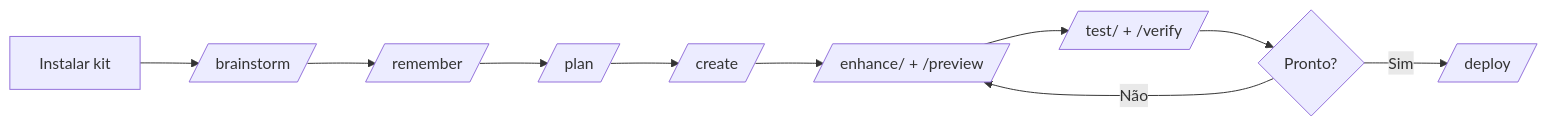
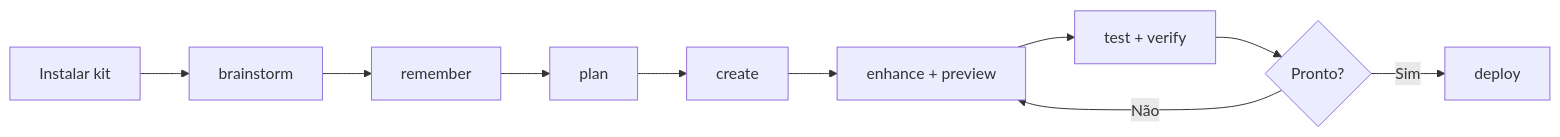
The first of 2 diagrams in README.md (zanetta/antigravity4cursor), drawn with Mermaid before and after one commit. The commit also changed other lines of this file, not shown here.

Commit message:
Refine flowchart labels in README.md for improved clarity and consistency. Updated text formatting for better readability in project workflow diagrams.

````diff
--- a/README.md
+++ b/README.md
@@ -241,12 +241,12 @@
 ```mermaid
 flowchart LR
-  A[Instalar kit] --> B[/brainstorm/]
-  B --> C[/remember/]
-  C --> D[/plan/]
-  D --> E[/create/]
-  E --> F[/enhance/ + /preview/]
-  F --> G[/test/ + /verify/]
+  A[Instalar kit] --> B["brainstorm"]
+  B --> C["remember"]
+  C --> D["plan"]
+  D --> E["create"]
+  E --> F["enhance + preview"]
+  F --> G["test + verify"]
   G --> H{Pronto?}
   H -->|Não| F
-  H -->|Sim| I[/deploy/]
+  H -->|Sim| I["deploy"]
 ```
````
